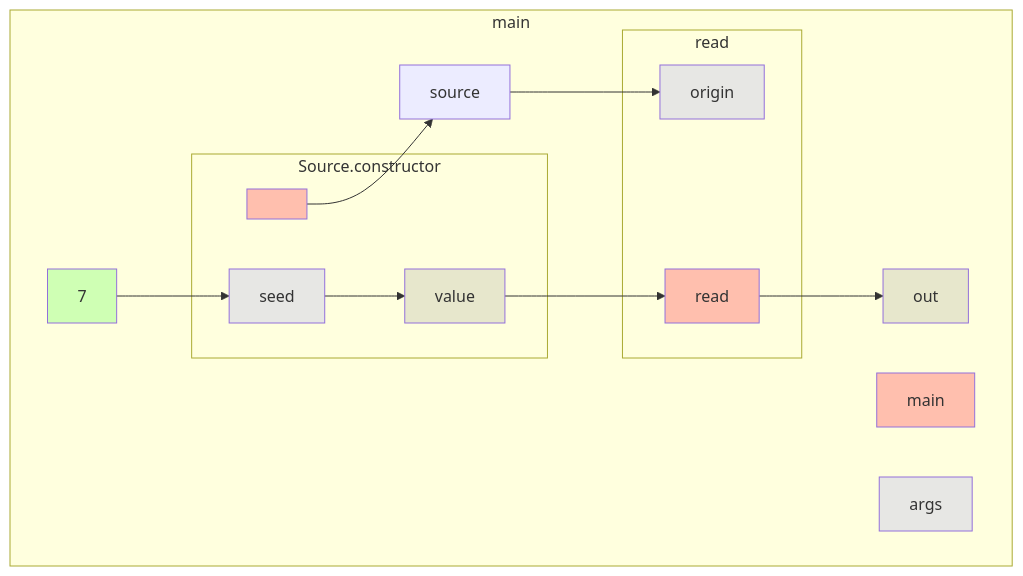
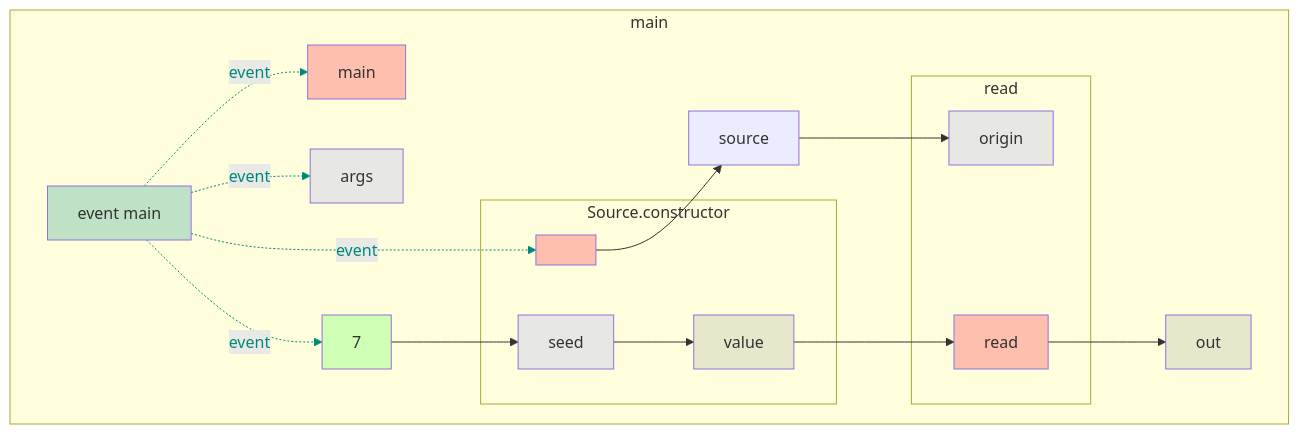
The diagram in app/src/test/resources/objectArgument/snapshot.md (gstiebler/codeflow), drawn with Mermaid before and after one commit. The commit also changed 77 other files, not shown here.

````diff
--- a/app/src/test/resources/objectArgument/snapshot.md
+++ b/app/src/test/resources/objectArgument/snapshot.md
@@ -1,32 +1,42 @@
 ```mermaid
 flowchart TD
   subgraph b0["main"]
-    n1[main]:::RETURN
-    n2[args]:::FUNC_PARAM
-    n3[7]:::LITERAL
-    n8[source]:::OBJ_VARIABLE
-    n12[out]:::VARIABLE
-    n3[7]:::LITERAL --> n6[seed]:::FUNC_PARAM
-    n8[source]:::OBJ_VARIABLE --> n11[origin]:::FUNC_PARAM
-    n5[<init>]:::RETURN --> n8[source]:::OBJ_VARIABLE
-    n7[value]:::VARIABLE --> n10[read]:::RETURN
-    n10[read]:::RETURN --> n12[out]:::VARIABLE
-    subgraph b4["Source.constructor"]
-      n5[<init>]:::RETURN
-      n6[seed]:::FUNC_PARAM
-      n7[value]:::VARIABLE
-      n6[seed]:::FUNC_PARAM --> n7[value]:::VARIABLE
+    n1[event main]:::EVENT
+    n2[main]:::RETURN
+    n3[args]:::FUNC_PARAM
+    n4[7]:::LITERAL
+    n9[source]:::OBJ_VARIABLE
+    n13[out]:::VARIABLE
+    n1[event main]:::EVENT -. event .-> n2[main]:::RETURN
+    n1[event main]:::EVENT -. event .-> n3[args]:::FUNC_PARAM
+    n1[event main]:::EVENT -. event .-> n4[7]:::LITERAL
+    n1[event main]:::EVENT -. event .-> n6[<init>]:::RETURN
+    n4[7]:::LITERAL --> n7[seed]:::FUNC_PARAM
+    n9[source]:::OBJ_VARIABLE --> n12[origin]:::FUNC_PARAM
+    n6[<init>]:::RETURN --> n9[source]:::OBJ_VARIABLE
+    n8[value]:::VARIABLE --> n11[read]:::RETURN
+    n11[read]:::RETURN --> n13[out]:::VARIABLE
+    subgraph b5["Source.constructor"]
+      n6[<init>]:::RETURN
+      n7[seed]:::FUNC_PARAM
+      n8[value]:::VARIABLE
+      n7[seed]:::FUNC_PARAM --> n8[value]:::VARIABLE
     end
-    subgraph b9["read"]
-      n10[read]:::RETURN
-      n11[origin]:::FUNC_PARAM
+    subgraph b10["read"]
+      n11[read]:::RETURN
+      n12[origin]:::FUNC_PARAM
     end
   end
+  linkStyle 0 stroke:#00897b,color:#00897b
+  linkStyle 1 stroke:#00897b,color:#00897b
+  linkStyle 2 stroke:#00897b,color:#00897b
+  linkStyle 3 stroke:#00897b,color:#00897b
   classDef LITERAL fill:#00FF0030
   classDef VARIABLE fill:#80808030
   classDef BIN_OP fill:#80808080
   classDef FUNC_PARAM fill:#8080FF30
   classDef RETURN fill:#FF808080
   classDef EXTERNAL fill:#FFA50040
   classDef UNMODELLED fill:#FF000030,stroke-dasharray: 4 2
+  classDef EVENT fill:#00897B40
 ```
````
